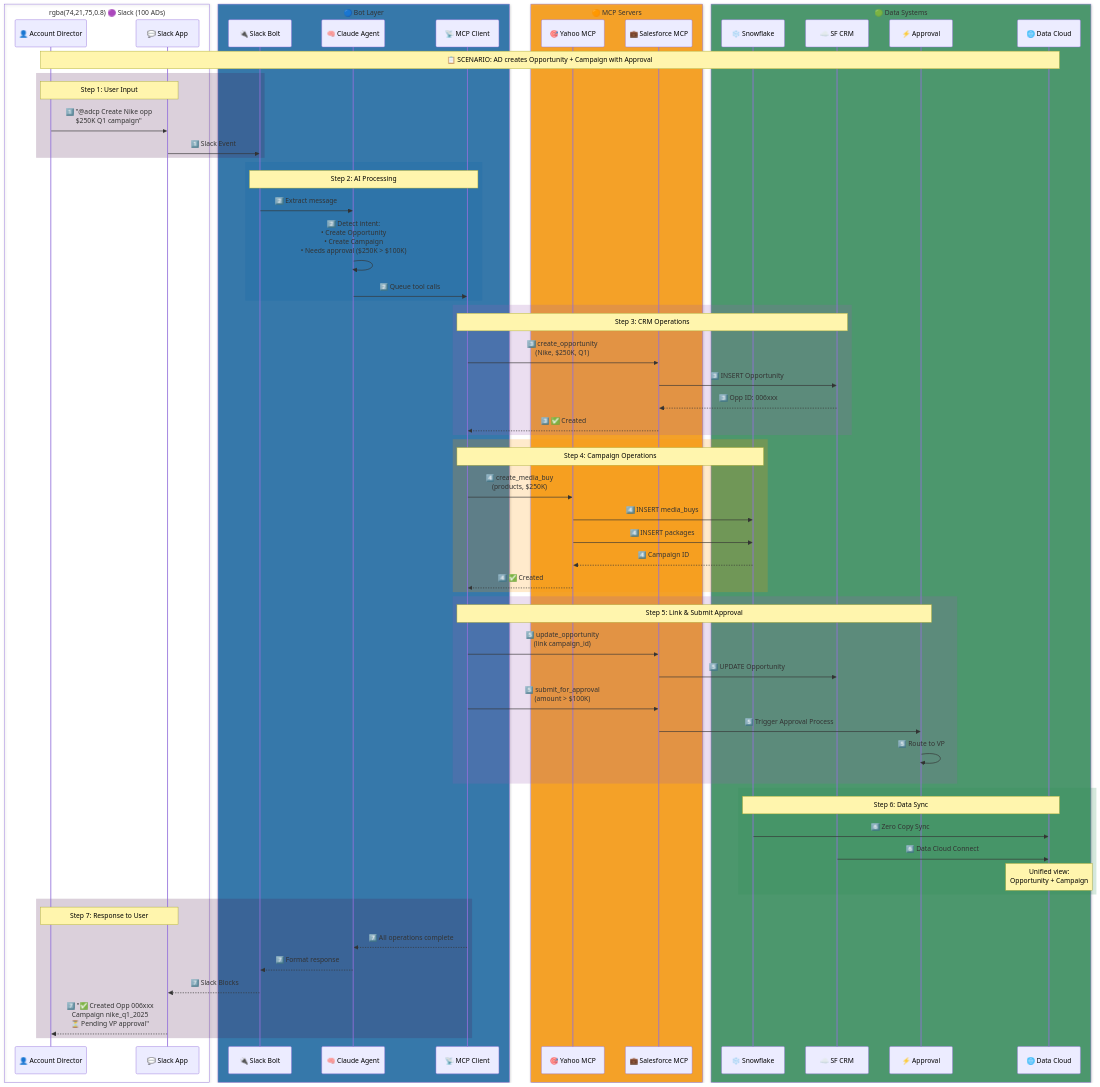
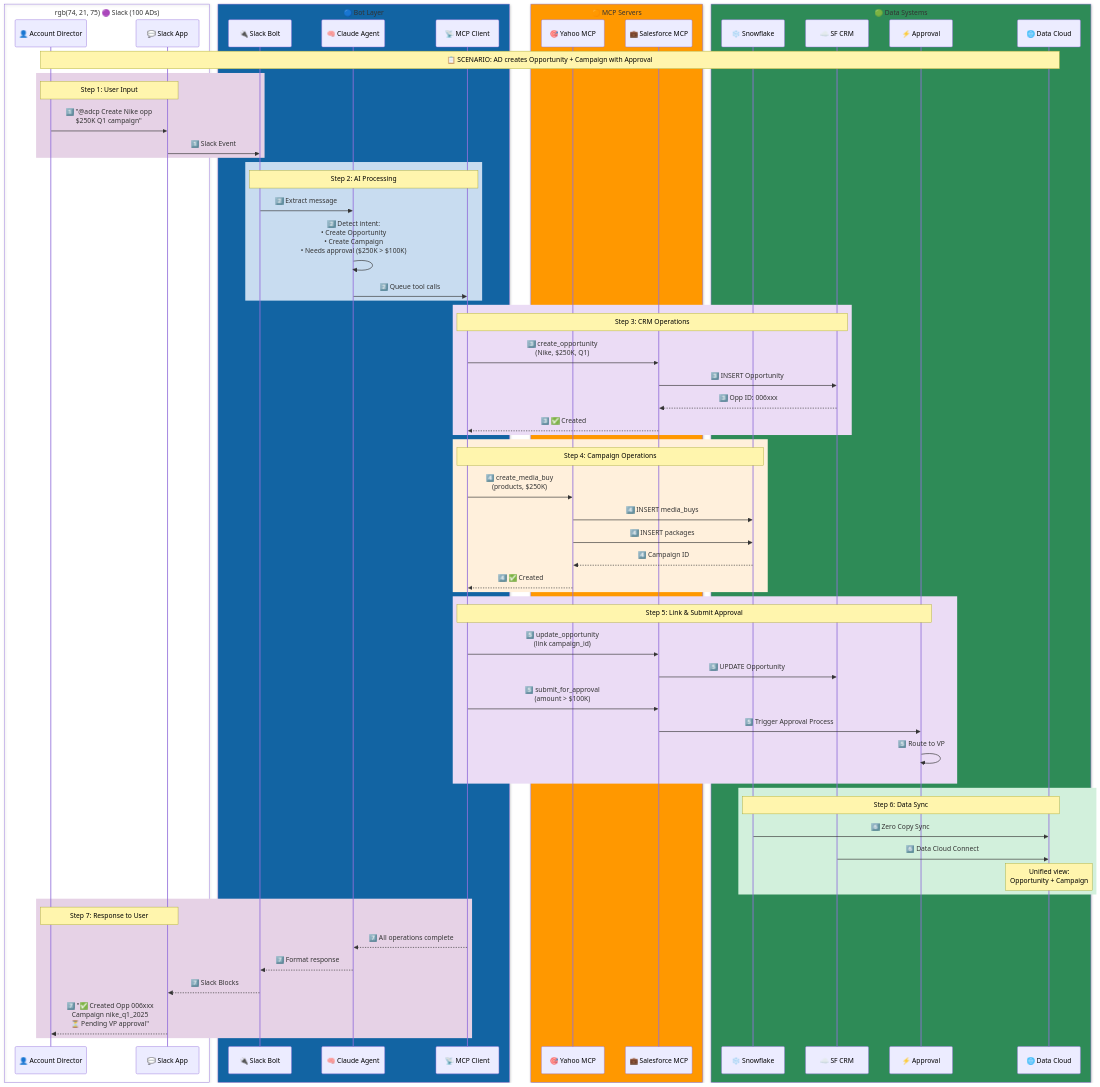
Before and after one commit to arupsarkar-sfdc/admcp-media-app: the fifth of 9 diagrams in yahoo_mcp_server/slack/README.md, drawn with Mermaid. The commit also changed other lines of this file, not shown here.

Commit message:
fix: Convert all rgba to rgb for GitHub Mermaid compatibility

````diff
--- a/yahoo_mcp_server/slack/README.md
+++ b/yahoo_mcp_server/slack/README.md
@@ -406,81 +406,81 @@
 ```mermaid
 sequenceDiagram
-    box rgba(74,21,75,0.8) 🟣 Slack (100 ADs)
+    box rgb(74, 21, 75) 🟣 Slack (100 ADs)
         participant AD as 👤 Account Director
         participant SLACK as 💬 Slack App
     end
 
-    box rgba(18,100,163,0.8) 🔵 Bot Layer
+    box rgb(18, 100, 163) 🔵 Bot Layer
         participant BOT as 🔌 Slack Bolt
         participant AI as 🧠 Claude Agent
         participant MCP as 📡 MCP Client
     end
 
-    box rgba(255,152,0,0.8) 🟠 MCP Servers
+    box rgb(255, 152, 0) 🟠 MCP Servers
         participant YAHOO as 🎯 Yahoo MCP
         participant CRM as 💼 Salesforce MCP
     end
 
-    box rgba(46,139,87,0.8) 🟢 Data Systems
+    box rgb(46, 139, 87) 🟢 Data Systems
         participant SNOW as ❄️ Snowflake
         participant SFDC as ☁️ SF CRM
         participant APPR as ⚡ Approval
         participant DC as 🌐 Data Cloud
     end
 
     Note over AD,DC: 📋 SCENARIO: AD creates Opportunity + Campaign with Approval
 
-    rect rgba(74,21,75,0.2)
+    rect rgb(230, 210, 230)
         Note over AD,SLACK: Step 1: User Input
         AD->>SLACK: 1️⃣ "@adcp Create Nike opp<br/>$250K Q1 campaign"
         SLACK->>BOT: 1️⃣ Slack Event
     end
 
-    rect rgba(18,100,163,0.2)
+    rect rgb(200, 220, 240)
         Note over BOT,MCP: Step 2: AI Processing
         BOT->>AI: 2️⃣ Extract message
         AI->>AI: 2️⃣ Detect intent:<br/>• Create Opportunity<br/>• Create Campaign<br/>• Needs approval ($250K > $100K)
         AI->>MCP: 2️⃣ Queue tool calls
     end
 
-    rect rgba(155,89,182,0.2)
+    rect rgb(235, 220, 245)
         Note over MCP,SFDC: Step 3: CRM Operations
         MCP->>CRM: 3️⃣ create_opportunity<br/>(Nike, $250K, Q1)
         CRM->>SFDC: 3️⃣ INSERT Opportunity
         SFDC-->>CRM: 3️⃣ Opp ID: 006xxx
         CRM-->>MCP: 3️⃣ ✅ Created
     end
 
-    rect rgba(255,152,0,0.2)
+    rect rgb(255, 240, 220)
         Note over MCP,SNOW: Step 4: Campaign Operations
         MCP->>YAHOO: 4️⃣ create_media_buy<br/>(products, $250K)
         YAHOO->>SNOW: 4️⃣ INSERT media_buys
         YAHOO->>SNOW: 4️⃣ INSERT packages
         SNOW-->>YAHOO: 4️⃣ Campaign ID
         YAHOO-->>MCP: 4️⃣ ✅ Created
     end
 
-    rect rgba(155,89,182,0.2)
+    rect rgb(235, 220, 245)
         Note over MCP,APPR: Step 5: Link & Submit Approval
         MCP->>CRM: 5️⃣ update_opportunity<br/>(link campaign_id)
         CRM->>SFDC: 5️⃣ UPDATE Opportunity
         MCP->>CRM: 5️⃣ submit_for_approval<br/>(amount > $100K)
         CRM->>APPR: 5️⃣ Trigger Approval Process
         APPR->>APPR: 5️⃣ Route to VP
     end
 
-    rect rgba(46,139,87,0.2)
+    rect rgb(210, 240, 220)
         Note over SNOW,DC: Step 6: Data Sync
         SNOW->>DC: 6️⃣ Zero Copy Sync
         SFDC->>DC: 6️⃣ Data Cloud Connect
         Note over DC: Unified view:<br/>Opportunity + Campaign
     end
 
-    rect rgba(74,21,75,0.2)
+    rect rgb(230, 210, 230)
         Note over AD,SLACK: Step 7: Response to User
         MCP-->>AI: 7️⃣ All operations complete
         AI-->>BOT: 7️⃣ Format response
         BOT-->>SLACK: 7️⃣ Slack Blocks
         SLACK-->>AD: 7️⃣ "✅ Created Opp 006xxx<br/>Campaign nike_q1_2025<br/>⏳ Pending VP approval"
     end
 ```
````
